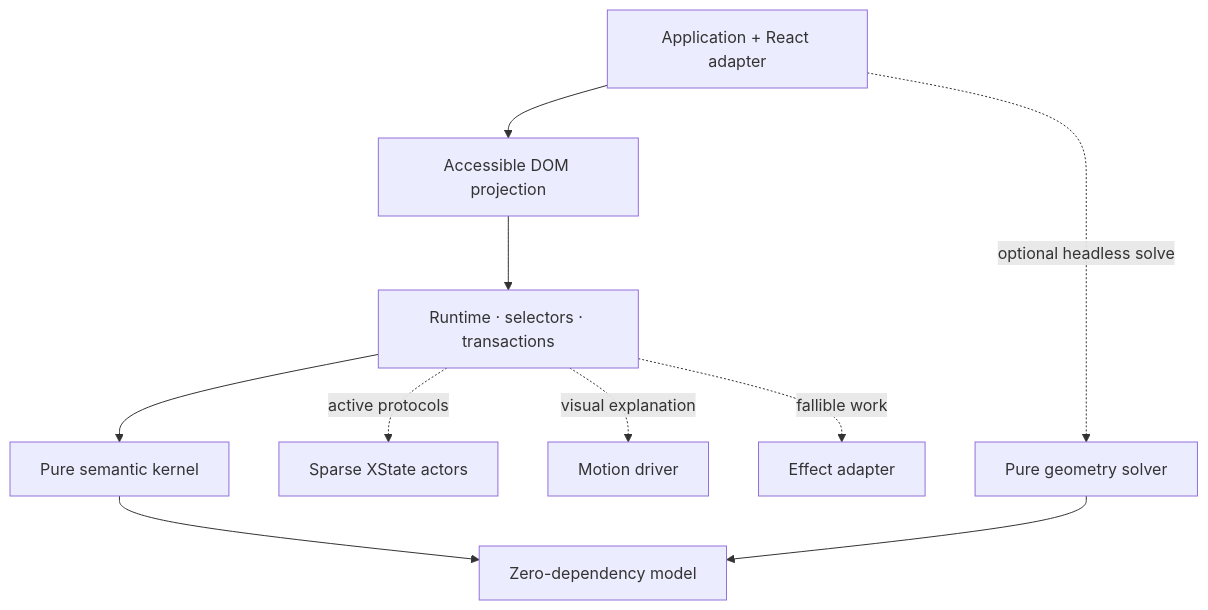
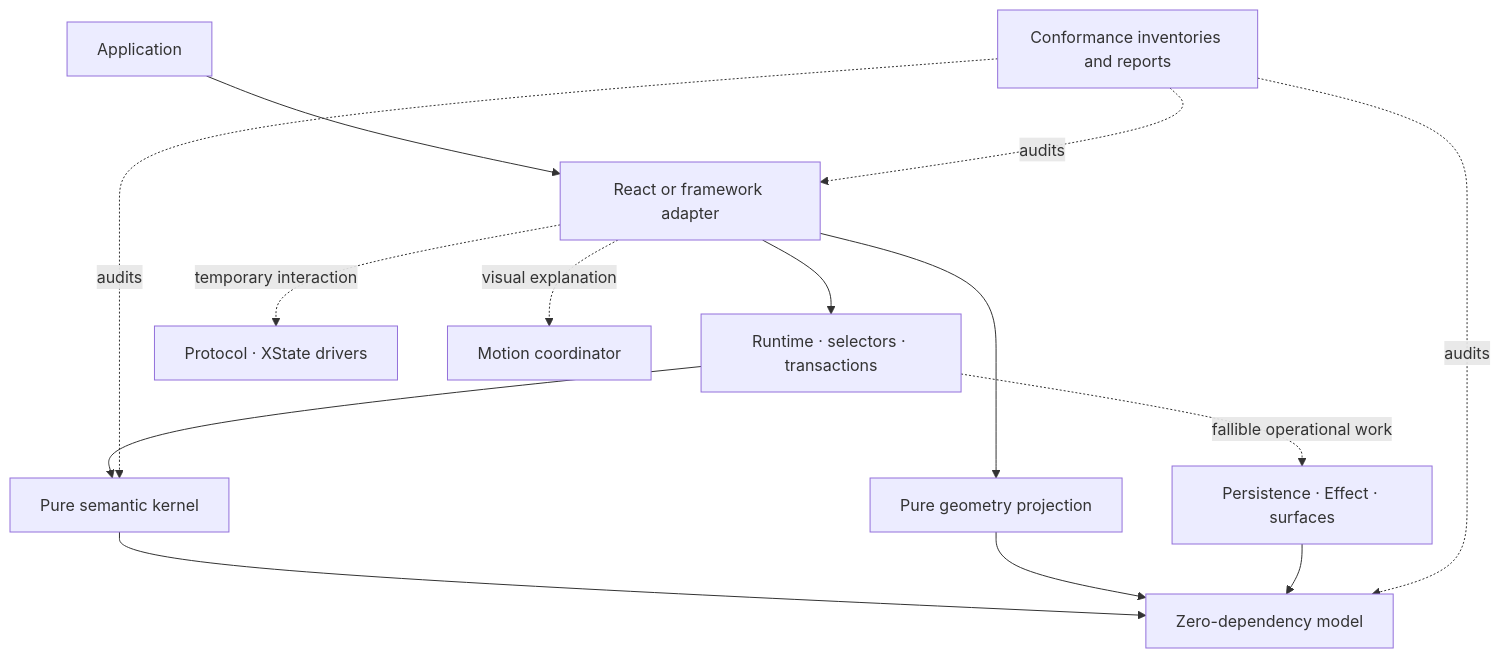
One commit to natanelia/panefold changed the diagram in README.md. Above: the diagram before and after it, drawn with Mermaid. The commit also changed other lines of this file and 169 other files, not shown here.

Commit message:
feat: complete experimental runtime roadmap

````diff
--- a/README.md
+++ b/README.md
@@ -30,12 +47,16 @@
 ```mermaid
 flowchart TB
-  APP["Application + React adapter"] --> DOM["Accessible DOM projection"]
-  DOM --> RUNTIME["Runtime · selectors · transactions"]
+  APP["Application"] --> ADAPTERS["React or framework adapter"]
+  ADAPTERS --> RUNTIME["Runtime · selectors · transactions"]
   RUNTIME --> KERNEL["Pure semantic kernel"]
-  APP -. "optional headless solve" .-> GEO["Pure geometry solver"]
-  RUNTIME -. active protocols .-> XSTATE["Sparse XState actors"]
-  RUNTIME -. visual explanation .-> MOTION["Motion driver"]
-  RUNTIME -. fallible work .-> EFFECT["Effect adapter"]
   KERNEL --> MODEL["Zero-dependency model"]
+  ADAPTERS --> GEO["Pure geometry projection"]
   GEO --> MODEL
+  ADAPTERS -. "temporary interaction" .-> PROTOCOL["Protocol · XState drivers"]
+  ADAPTERS -. "visual explanation" .-> MOTION["Motion coordinator"]
+  RUNTIME -. "fallible operational work" .-> OPS["Persistence · Effect · surfaces"]
+  OPS --> MODEL
+  CONF["Conformance inventories and reports"] -. audits .-> MODEL
+  CONF -. audits .-> KERNEL
+  CONF -. audits .-> ADAPTERS
 ```
````
